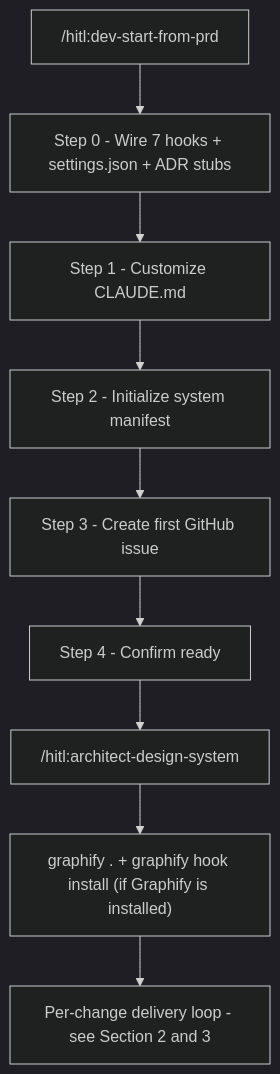
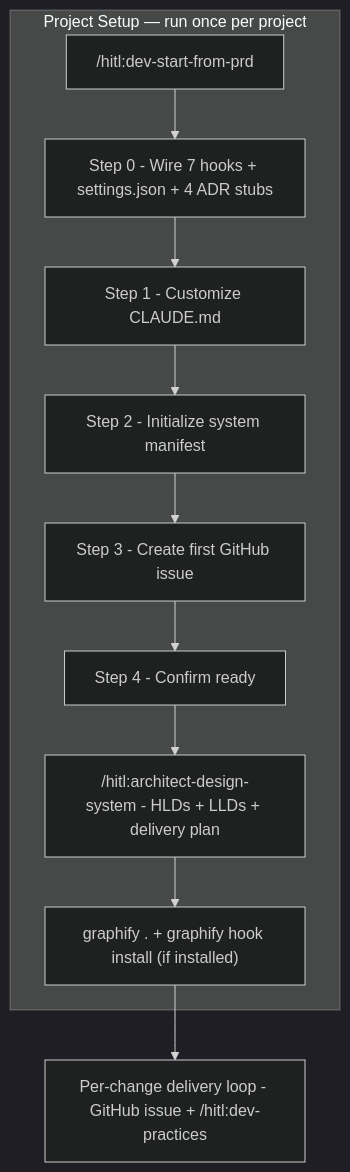
One commit to Prasad-Apparaju/hitl-dev-platform changed the first of 3 diagrams in docs/workflow-prd.md. Above: the diagram before and after it, drawn with Mermaid (dark theme). The commit also changed other lines of this file, not shown here.

Commit message:
docs(workflow-prd): fix Project Setup boundary to include architect-design-system
Setup now correctly wraps dev-start-from-prd steps 0-4 + architect-design-system
+ optional Graphify build in a single subgraph. Per-change loop starts only after
HLDs and LLDs exist. Clarifies that architect design is setup, not a change step.

````diff
--- a/docs/workflow-prd.md
+++ b/docs/workflow-prd.md
@@ -9,14 +11,18 @@
 ```mermaid
 graph TB
-  entry["/hitl:dev-start-from-prd"]
-  s0["Step 0 - Wire 7 hooks + settings.json + ADR stubs"]
-  s1["Step 1 - Customize CLAUDE.md"]
-  s2["Step 2 - Initialize system manifest"]
-  s3["Step 3 - Create first GitHub issue"]
-  s4["Step 4 - Confirm ready"]
-  design["/hitl:architect-design-system"]
-  graph_build["graphify . + graphify hook install (if Graphify is installed)"]
-  loop["Per-change delivery loop - see Section 2 and 3"]
+  subgraph SETUP["Project Setup — run once per project"]
+    entry["/hitl:dev-start-from-prd"]
+    s0["Step 0 - Wire 7 hooks + settings.json + 4 ADR stubs"]
+    s1["Step 1 - Customize CLAUDE.md"]
+    s2["Step 2 - Initialize system manifest"]
+    s3["Step 3 - Create first GitHub issue"]
+    s4["Step 4 - Confirm ready"]
+    design["/hitl:architect-design-system - HLDs + LLDs + delivery plan"]
+    graphify["graphify . + graphify hook install (if installed)"]
+    entry --> s0 --> s1 --> s2 --> s3 --> s4 --> design --> graphify
+  end
 
-  entry --> s0 --> s1 --> s2 --> s3 --> s4 --> design --> graph_build --> loop
+  loop["Per-change delivery loop - GitHub issue + /hitl:dev-practices"]
+
+  graphify --> loop
 ```
````
